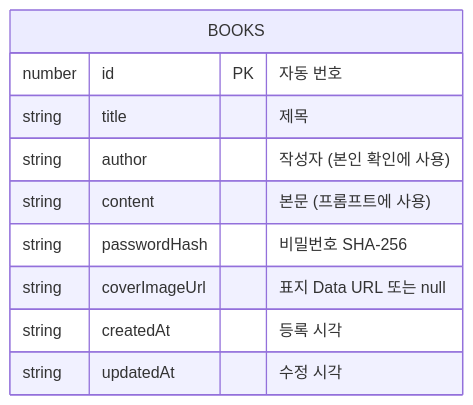
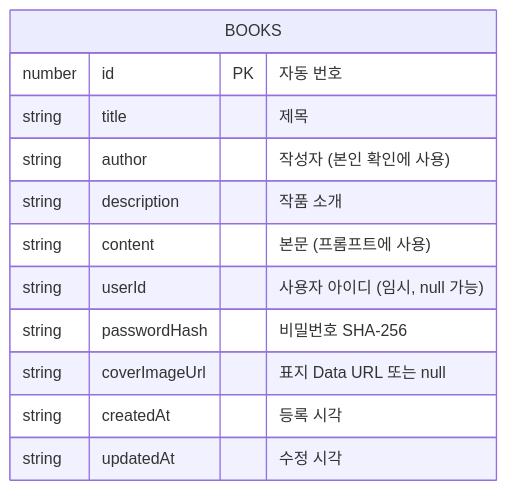
One commit to J4BEZ/author-walk changed the second of 2 diagrams in docs/API.md. Above: the diagram before and after it, drawn with Mermaid. The commit also changed other lines of this file and 1 other file, not shown here.

Commit message:
[docs] userId, description 설명 추가

````diff
--- a/docs/API.md
+++ b/docs/API.md
@@ -49,13 +49,15 @@
 ```mermaid
 erDiagram
     BOOKS {
         number id PK "자동 번호"
         string title "제목"
         string author "작성자 (본인 확인에 사용)"
+        string description "작품 소개"
         string content "본문 (프롬프트에 사용)"
+        string userId "사용자 아이디 (임시, null 가능)"
         string passwordHash "비밀번호 SHA-256"
         string coverImageUrl "표지 Data URL 또는 null"
         string createdAt "등록 시각"
         string updatedAt "수정 시각"
     }
 ```
````
